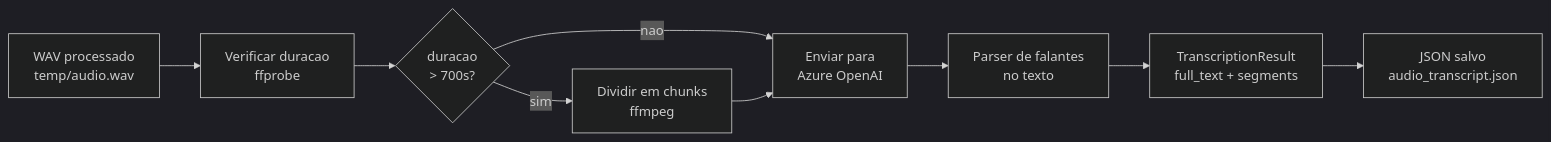
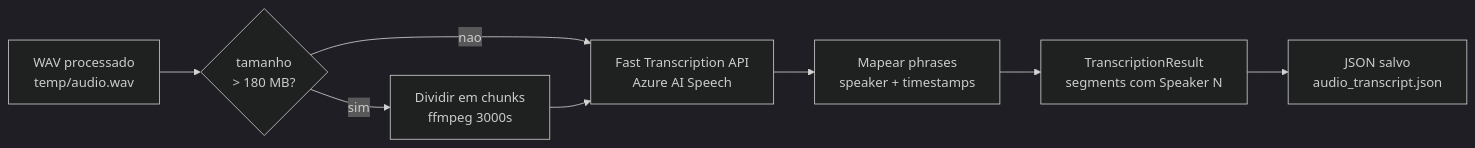
Before and after one commit to marcos2872/rust-stt: the first of 2 diagrams in docs/transcription.md, drawn with Mermaid (dark theme). The commit also changed other lines of this file and 5 other files, not shown here.

First line of the commit message:
feat(transcriber): migrate to Azure AI Speech with real diarization

````diff
--- a/docs/transcription.md
+++ b/docs/transcription.md
@@ -15,16 +14,15 @@
 ```mermaid
 flowchart LR
     WAV["WAV processado<br/>temp/audio.wav"]
-    DUR["Verificar duracao<br/>ffprobe"]
-    DEC{"duracao<br/>> 700s?"}
-    CHUNK["Dividir em chunks<br/>ffmpeg"]
-    SEND["Enviar para<br/>Azure OpenAI"]
-    PARSE["Parser de falantes<br/>no texto"]
-    OUT["TranscriptionResult<br/>full_text + segments"]
+    SIZE{"tamanho<br/>> 180 MB?"}
+    CHUNK["Dividir em chunks<br/>ffmpeg 3000s"]
+    SEND["Fast Transcription API<br/>Azure AI Speech"]
+    MAP["Mapear phrases<br/>speaker + timestamps"]
+    OUT["TranscriptionResult<br/>segments com Speaker N"]
     JSON["JSON salvo<br/>audio_transcript.json"]
 
-    WAV --> DUR --> DEC
-    DEC -- nao --> SEND
-    DEC -- sim --> CHUNK --> SEND
-    SEND --> PARSE --> OUT --> JSON
+    WAV --> SIZE
+    SIZE -- nao --> SEND
+    SIZE -- sim --> CHUNK --> SEND
+    SEND --> MAP --> OUT --> JSON
 ```
````
